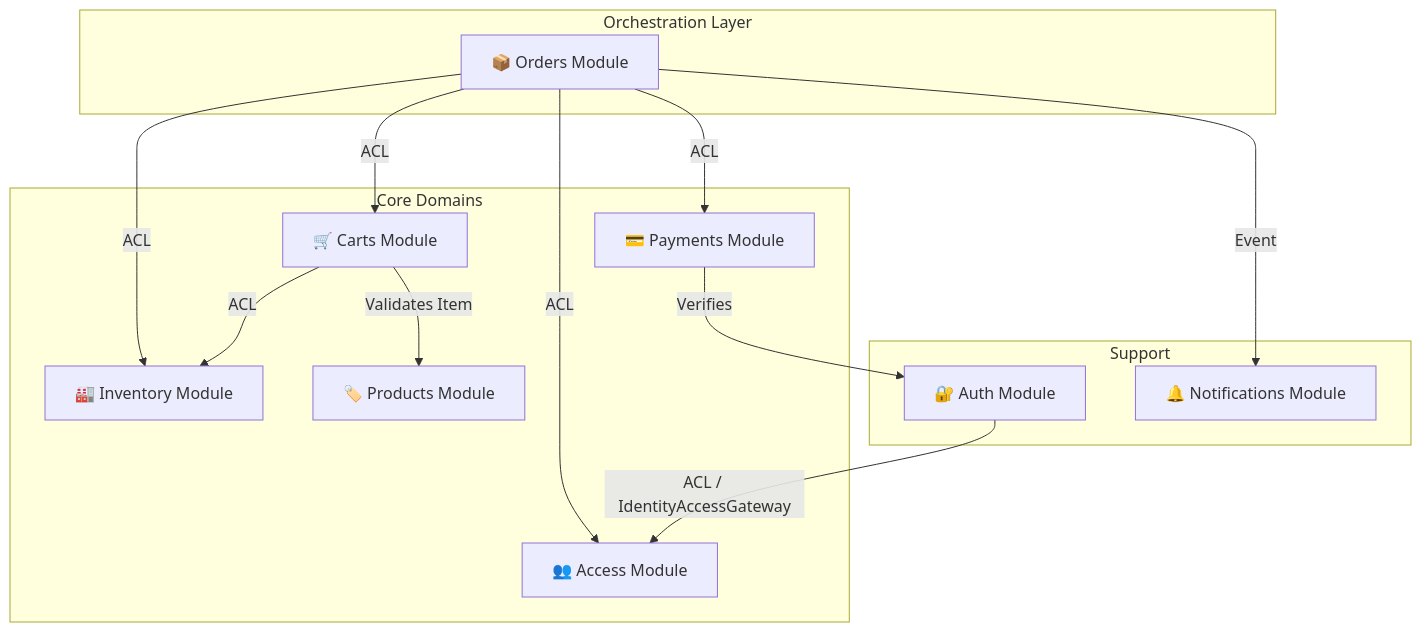
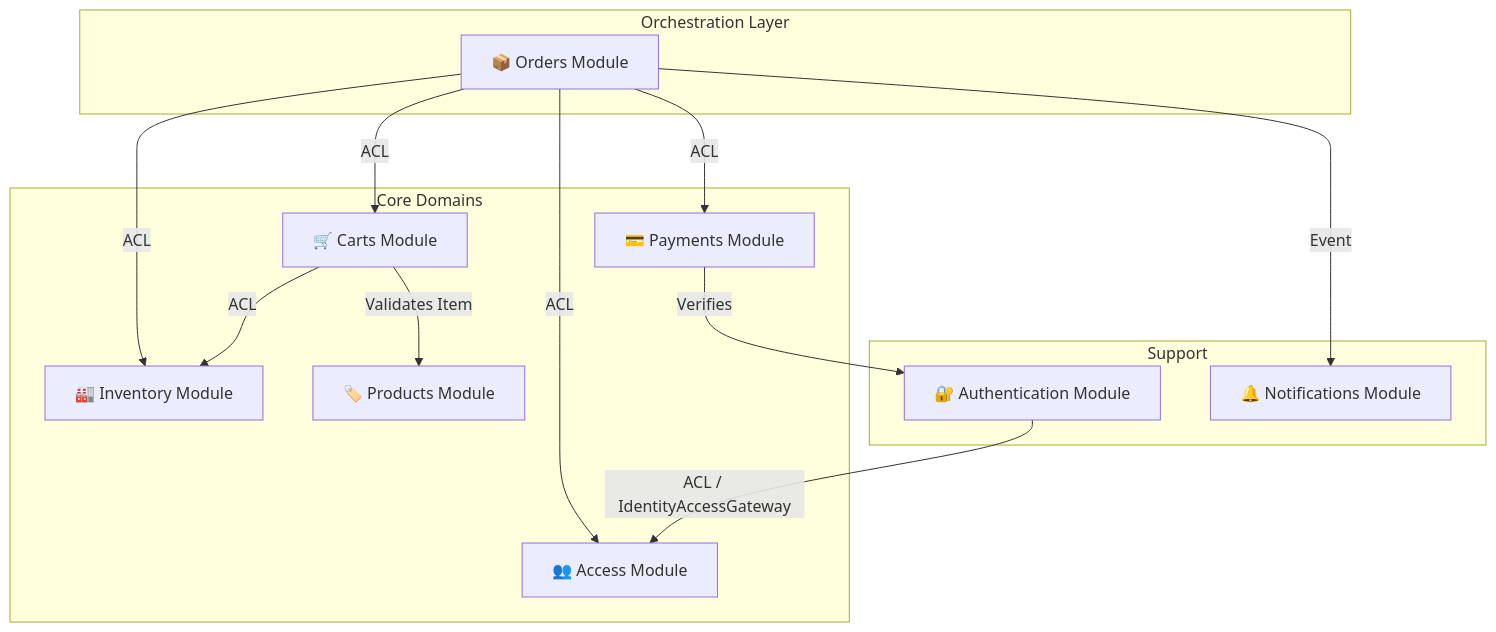
Before and after one commit to raouf-b-dev/ecommerce-store-api: the fourth of 11 diagrams in docs/architecture/ARCHITECTURE.md, drawn with Mermaid. The commit also changed other lines of this file and 13 other files, not shown here.

First line of the commit message:
ES-138: Update documentation and module references to reflect the transition from 'Auth' to 'Authentication' and 'Customers' to 'Access'

````diff
--- a/docs/architecture/ARCHITECTURE.md
+++ b/docs/architecture/ARCHITECTURE.md
@@ -167,34 +167,34 @@
 ```mermaid
 graph TD
     subgraph "Orchestration Layer"
         Orders["📦 Orders Module"]
     end
 
     subgraph "Core Domains"
         Inventory["🏭 Inventory Module"]
         Payments["💳 Payments Module"]
         Products["🏷️ Products Module"]
         Access["👥 Access Module"]
         Carts["🛒 Carts Module"]
     end
 
     subgraph "Support"
-        Auth["🔐 Auth Module"]
+        Authentication["🔐 Authentication Module"]
         Notifications["🔔 Notifications Module"]
     end
 
     %% Orders Dependencies
     Orders -->|ACL| Inventory
     Orders -->|ACL| Payments
     Orders -->|ACL| Access
     Orders -->|ACL| Carts
     Orders -->|Event| Notifications
 
     %% Carts Dependencies
     Carts -->|ACL| Inventory
     Carts -->|Validates Item| Products
 
     %% Auth Dependencies
-    Auth -->|ACL / IdentityAccessGateway| Access
-    Payments -->|Verifies| Auth
+    Authentication -->|ACL / IdentityAccessGateway| Access
+    Payments -->|Verifies| Authentication
 ```
````
